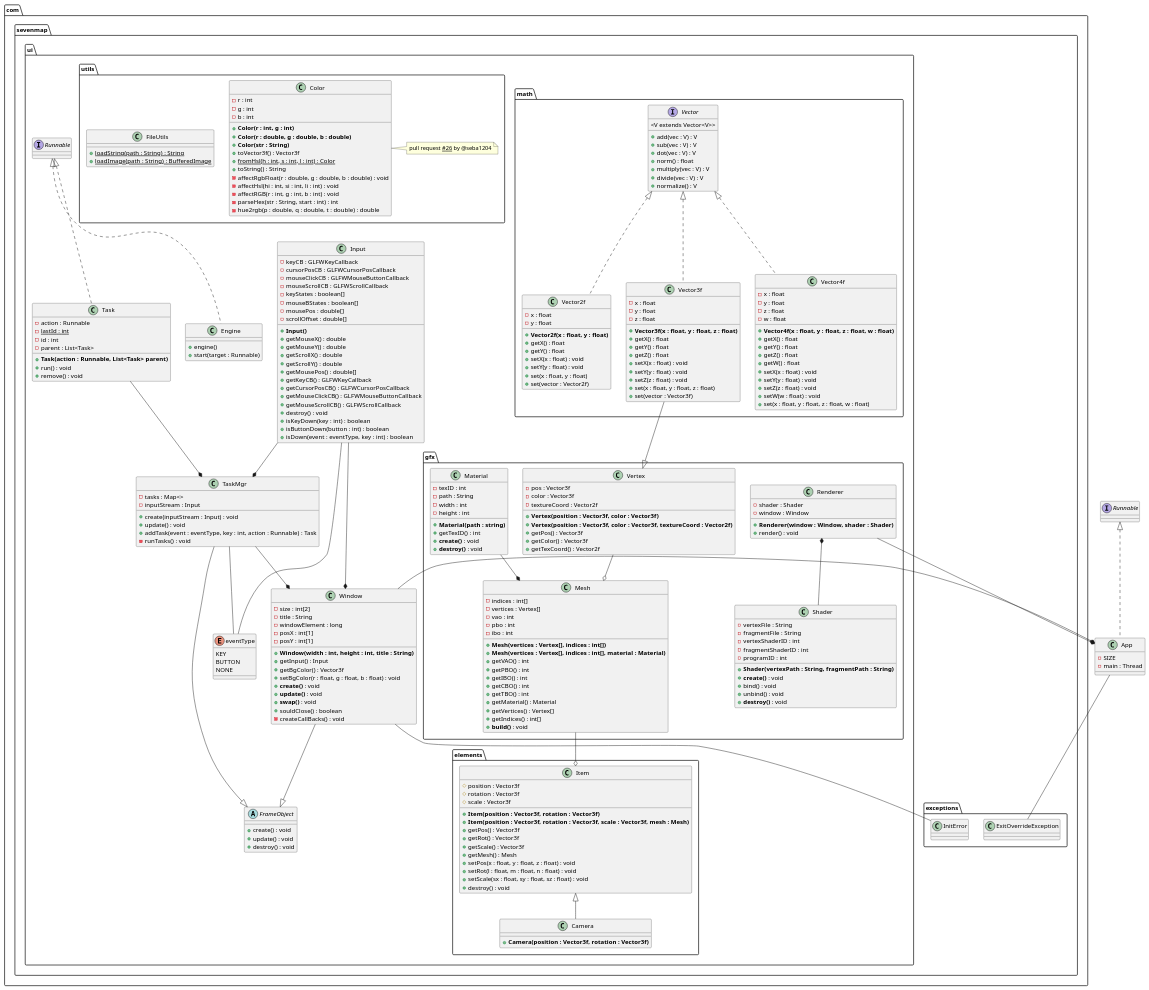
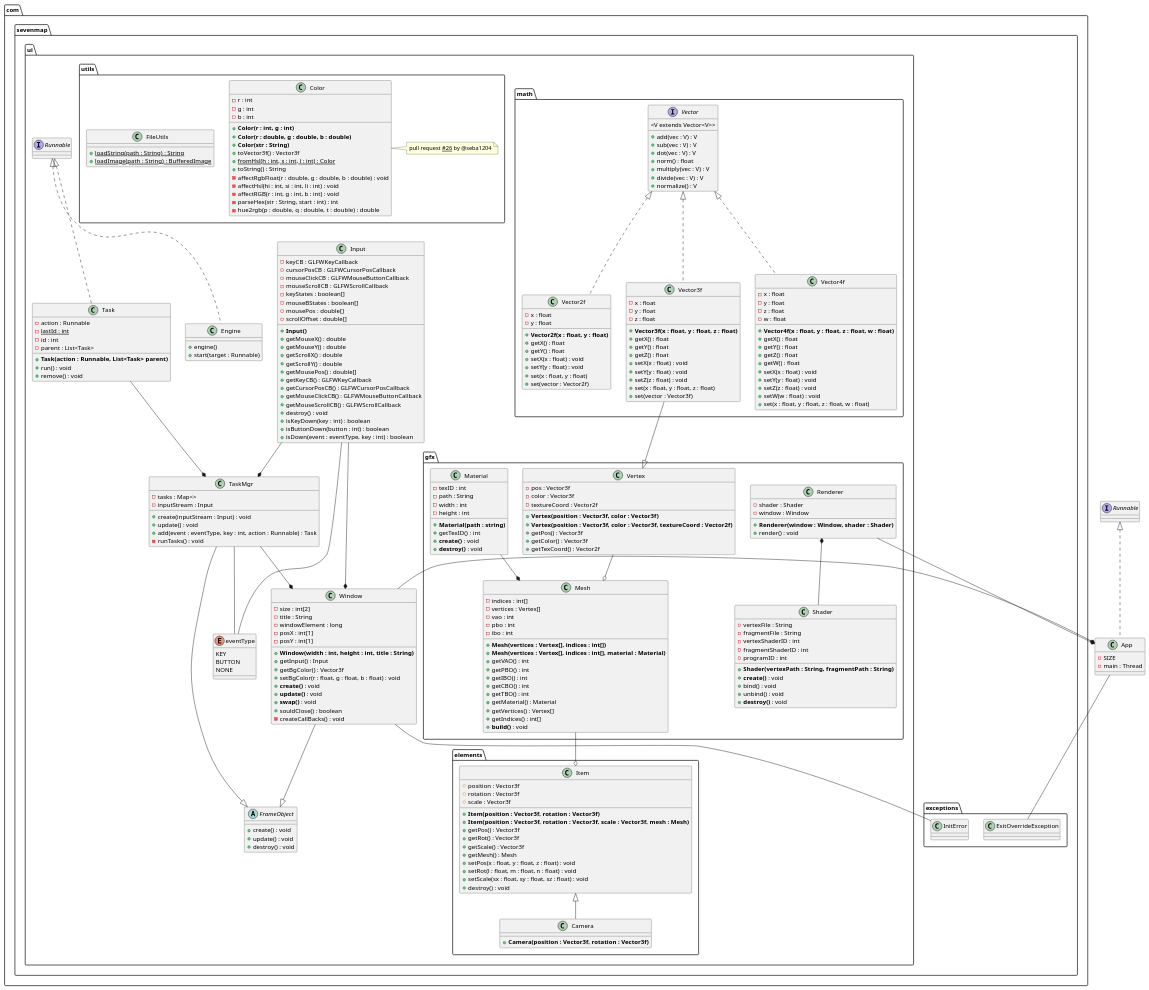
The diagram in doc/meetings/team-rendering/diagram_rendering.plantuml (photonsquid/7map), drawn with PlantUML before and after one commit. The commit also changed 3 other files, not shown here.

```diff
--- a/doc/meetings/team-rendering/diagram_rendering.plantuml
+++ b/doc/meetings/team-rendering/diagram_rendering.plantuml
@@ -83,7 +83,7 @@
         - inputStream : Input
         + create(inputStream : Input) : void
         + update() : void
-        + addTask(event : eventType, key : int, action : Runnable) : Task
+        + add(event : eventType, key : int, action : Runnable) : Task
         - runTasks() : void
     }
 
```
